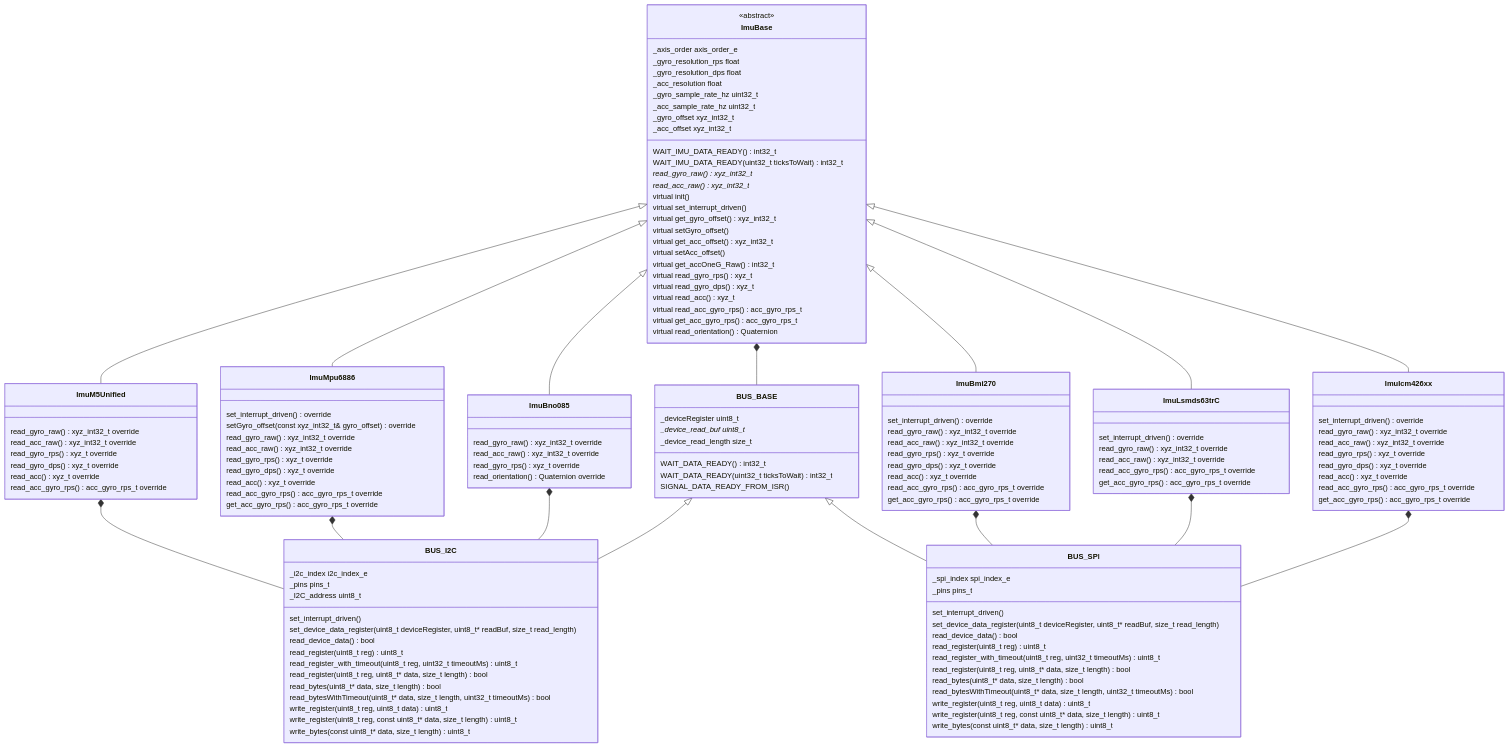
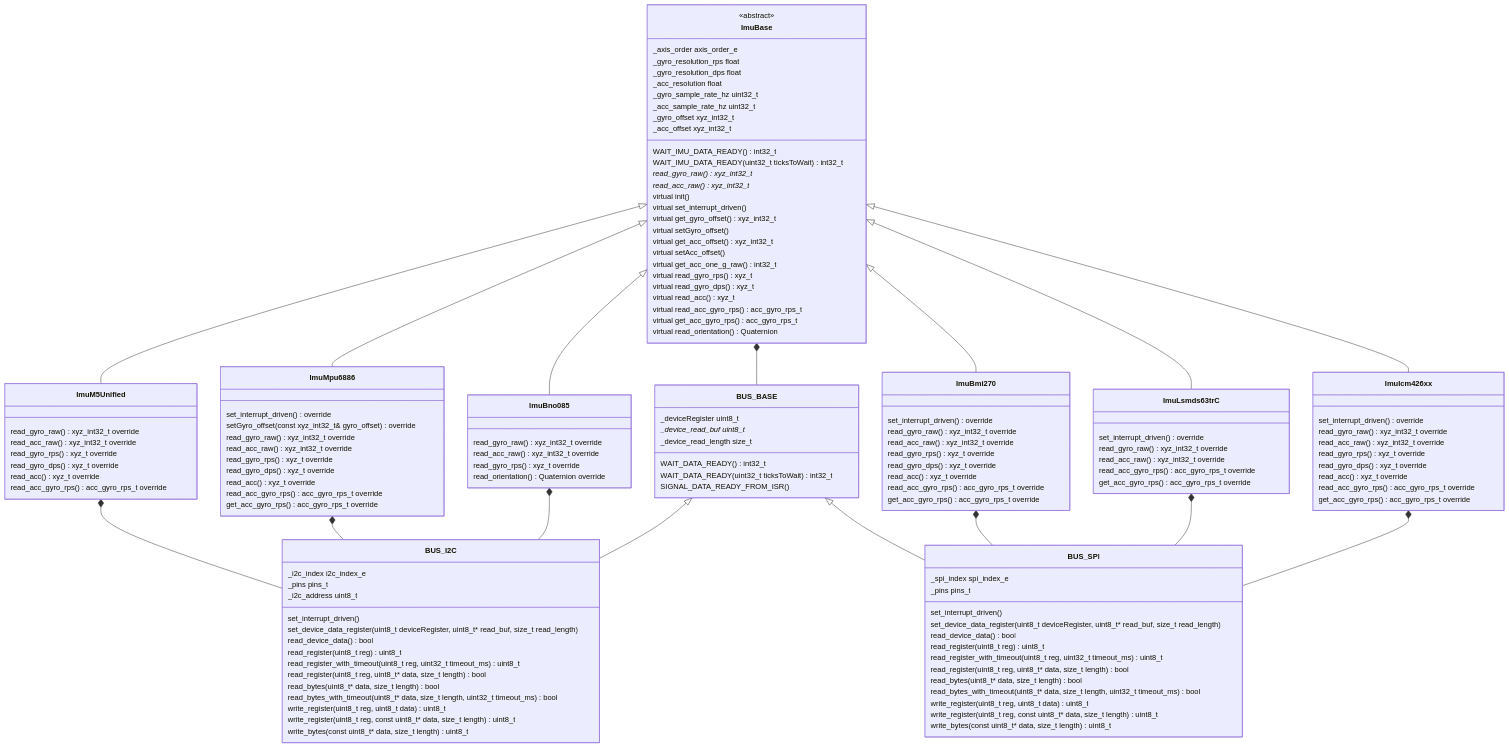
The diagram in README.md (martinbudden/Library-Sensors), drawn with Mermaid before and after one commit. The commit also changed 45 other files, not shown here.

```diff
--- a/README.md
+++ b/README.md
@@ -121,17 +121,17 @@
     class BUS_I2C {
         _i2c_index i2c_index_e
         _pins pins_t
-        _I2C_address uint8_t
+        _i2c_address uint8_t
 
         set_interrupt_driven()
-        set_device_data_register(uint8_t deviceRegister, uint8_t* readBuf, size_t read_length)
+        set_device_data_register(uint8_t deviceRegister, uint8_t* read_buf, size_t read_length)
 
         read_device_data() bool
         read_register(uint8_t reg) uint8_t
-        read_register_with_timeout(uint8_t reg, uint32_t timeoutMs) uint8_t
+        read_register_with_timeout(uint8_t reg, uint32_t timeout_ms) uint8_t
         read_register(uint8_t reg, uint8_t* data, size_t length) bool
         read_bytes(uint8_t* data, size_t length) bool
-        read_bytesWithTimeout(uint8_t* data, size_t length, uint32_t timeoutMs) bool
+        read_bytes_with_timeout(uint8_t* data, size_t length, uint32_t timeout_ms) bool
         write_register(uint8_t reg, uint8_t data) uint8_t
         write_register(uint8_t reg, const uint8_t* data, size_t length) uint8_t
         write_bytes(const uint8_t* data, size_t length) uint8_t
@@ -143,14 +143,14 @@
         _pins pins_t
 
         set_interrupt_driven()
-        set_device_data_register(uint8_t deviceRegister, uint8_t* readBuf, size_t read_length)
+        set_device_data_register(uint8_t deviceRegister, uint8_t* read_buf, size_t read_length)
 
         read_device_data() bool
         read_register(uint8_t reg) uint8_t
-        read_register_with_timeout(uint8_t reg, uint32_t timeoutMs) uint8_t
+        read_register_with_timeout(uint8_t reg, uint32_t timeout_ms) uint8_t
         read_register(uint8_t reg, uint8_t* data, size_t length) bool
         read_bytes(uint8_t* data, size_t length) bool
-        read_bytesWithTimeout(uint8_t* data, size_t length, uint32_t timeoutMs) bool
+        read_bytes_with_timeout(uint8_t* data, size_t length, uint32_t timeout_ms) bool
         write_register(uint8_t reg, uint8_t data) uint8_t
         write_register(uint8_t reg, const uint8_t* data, size_t length) uint8_t
         write_bytes(const uint8_t* data, size_t length) uint8_t
@@ -179,7 +179,7 @@
         virtual get_acc_offset() xyz_int32_t
         virtual setAcc_offset()
 
-        virtual get_accOneG_Raw() int32_t
+        virtual get_acc_one_g_raw() int32_t
 
         virtual read_gyro_rps() xyz_t
         virtual read_gyro_dps() xyz_t
```
